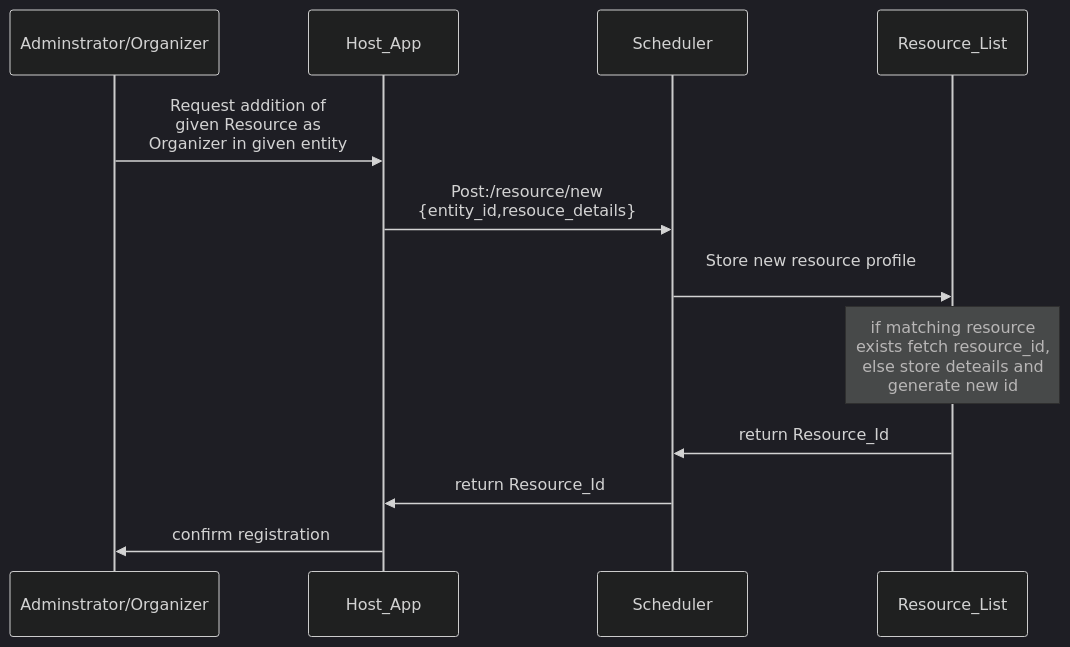
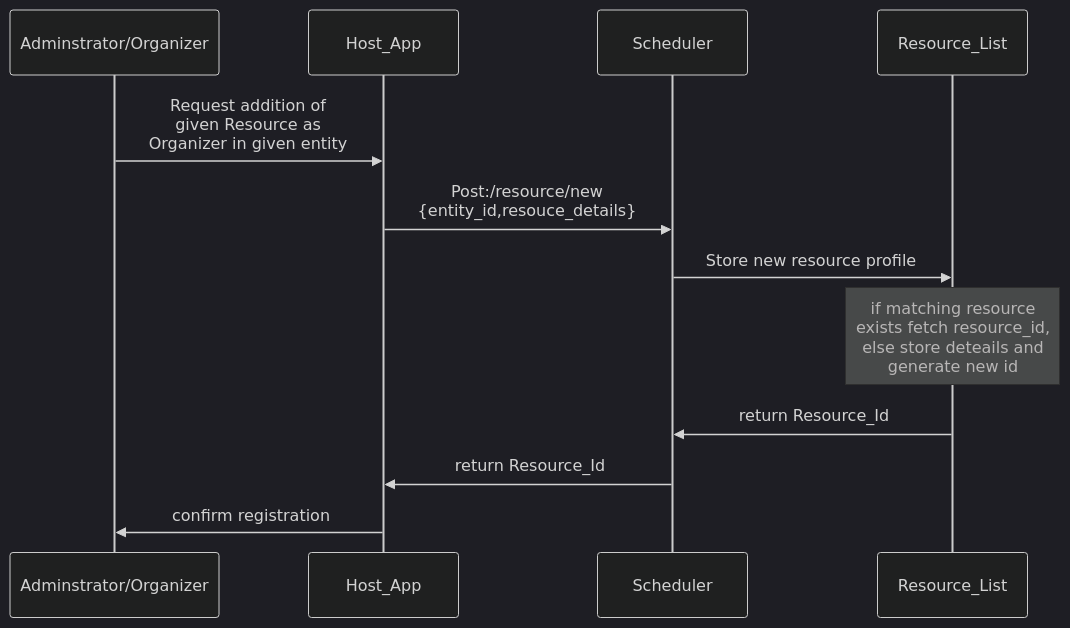
One commit to GovStackWorkingGroup/scheduler changed diagram 12 of 14 in spec/9-workflows.md. Above: the diagram before and after it, drawn with Mermaid (dark theme).

Commit message:
GITBOOK-72: change request with no subject merged in GitBook

````diff
--- a/spec/9-workflows.md
+++ b/spec/9-workflows.md
@@ -299,11 +299,11 @@
 ```mermaid
 sequenceDiagram
 Adminstrator/Organizer->>Host_App:Request addition of<br> given Resource as<br> Organizer in given entity
 Host_App->>Scheduler:Post:/resource/new<br>{entity_id,resouce_details}
-Scheduler->>Resource_List: Store new resource profile<br>
+Scheduler->>Resource_List: Store new resource profile
 note over Resource_List: if matching resource<br> exists fetch resource_id,<br> else store deteails and<br> generate new id 
 Resource_List->>Scheduler: return Resource_Id
 Scheduler->>Host_App: return Resource_Id
 Host_App->>Adminstrator/Organizer: confirm registration
 
 ```
````
